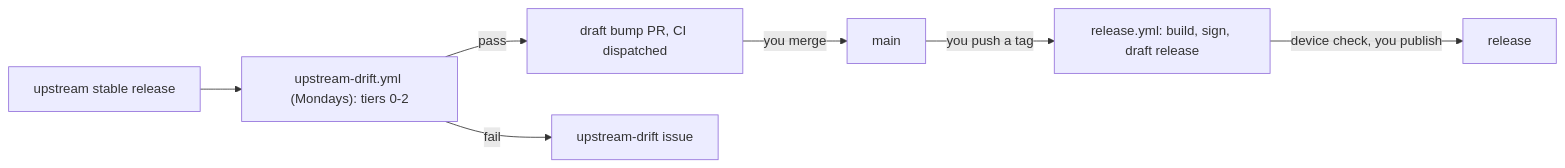
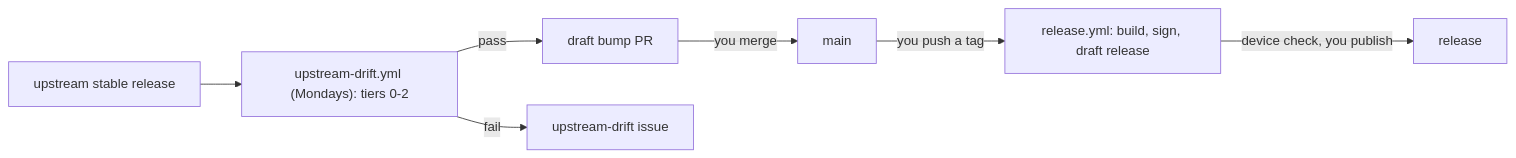
One commit to drogers0/tailscale-firetv-fireos5 changed the diagram in docs/RELEASING.md. Above: the diagram before and after it, drawn with Mermaid. The commit also changed other lines of this file and 4 other files, not shown here.

````diff
--- a/docs/RELEASING.md
+++ b/docs/RELEASING.md
@@ -10,9 +10,9 @@
 ```mermaid
 flowchart LR
   U[upstream stable release] --> D["upstream-drift.yml (Mondays): tiers 0-2"]
-  D -- pass --> P[draft bump PR, CI dispatched]
+  D -- pass --> P[draft bump PR]
   D -- fail --> I[upstream-drift issue]
   P -- you merge --> M[main]
   M -- you push a tag --> R["release.yml: build, sign, draft release"]
   R -- device check, you publish --> G[release]
 ```
````
